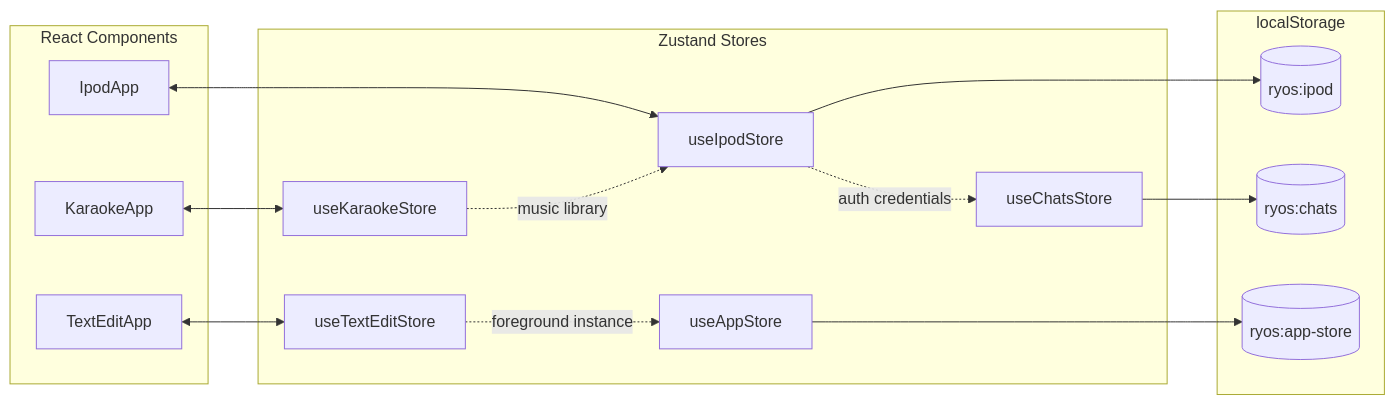
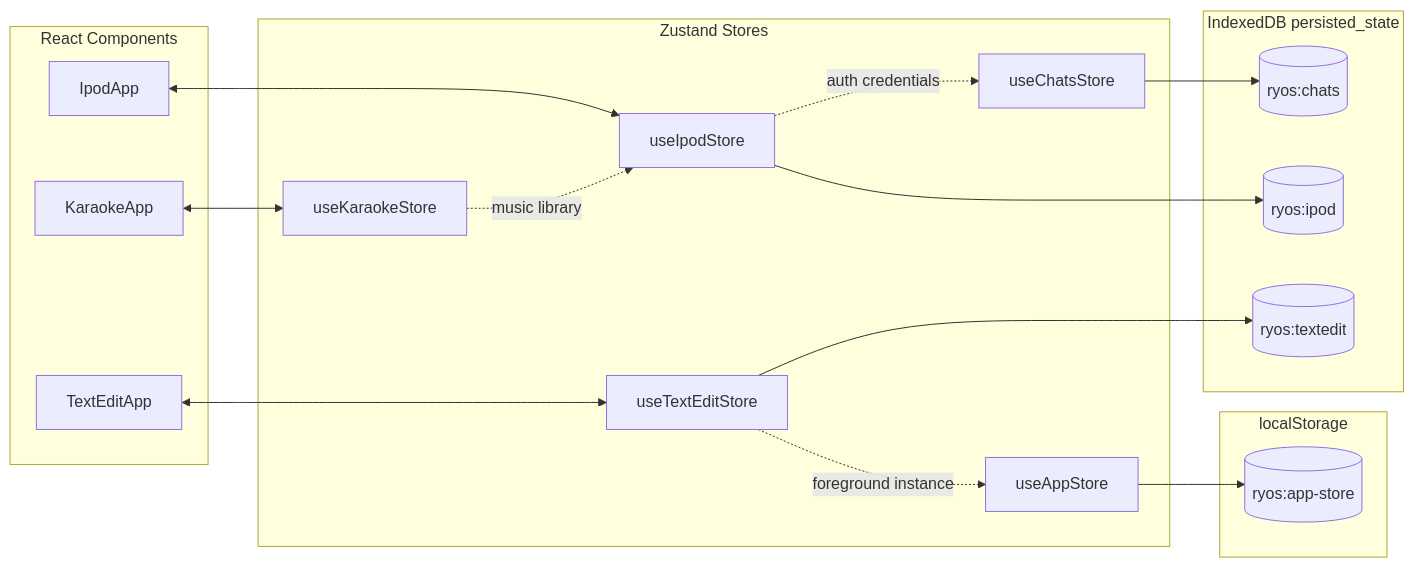
Before and after one commit to ryokun6/ryos: the fourth of 6 diagrams in docs/3.2-state-management.md, drawn with Mermaid. The commit also changed other lines of this file and 49 other files, not shown here.

````diff
--- a/docs/3.2-state-management.md
+++ b/docs/3.2-state-management.md
@@ -453,34 +460,39 @@
 ```mermaid
 flowchart LR
     subgraph Components["React Components"]
         C1[IpodApp]
         C2[KaraokeApp]
         C3[TextEditApp]
     end
 
     subgraph Stores["Zustand Stores"]
         S1[useIpodStore]
         S2[useKaraokeStore]
         S3[useTextEditStore]
         S4[useChatsStore]
         S5[useAppStore]
     end
 
     subgraph Persist["localStorage"]
+        P3[(ryos:app-store)]
+    end
+
+    subgraph LargePersist["IndexedDB persisted_state"]
+        P2[(ryos:chats)]
         P1[(ryos:ipod)]
-        P2[(ryos:chats)]
-        P3[(ryos:app-store)]
+        P4[(ryos:textedit)]
     end
 
     C1 <--> S1
     C2 <--> S2
     C3 <--> S3
 
     S2 -.-> |music library| S1
     S3 -.-> |foreground instance| S5
     S1 -.-> |auth credentials| S4
 
     S1 --> P1
+    S3 --> P4
     S4 --> P2
     S5 --> P3
 ```
````
